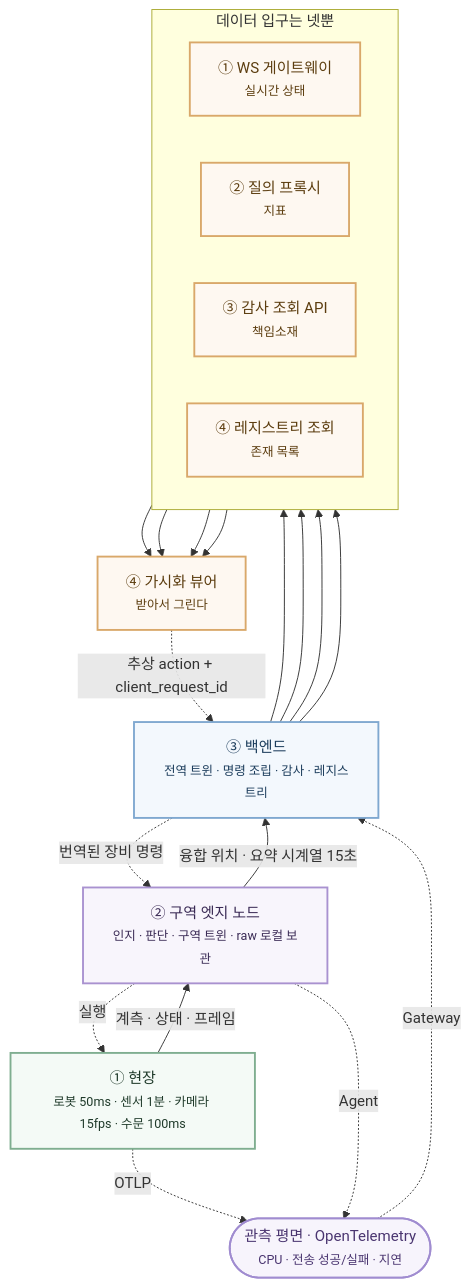
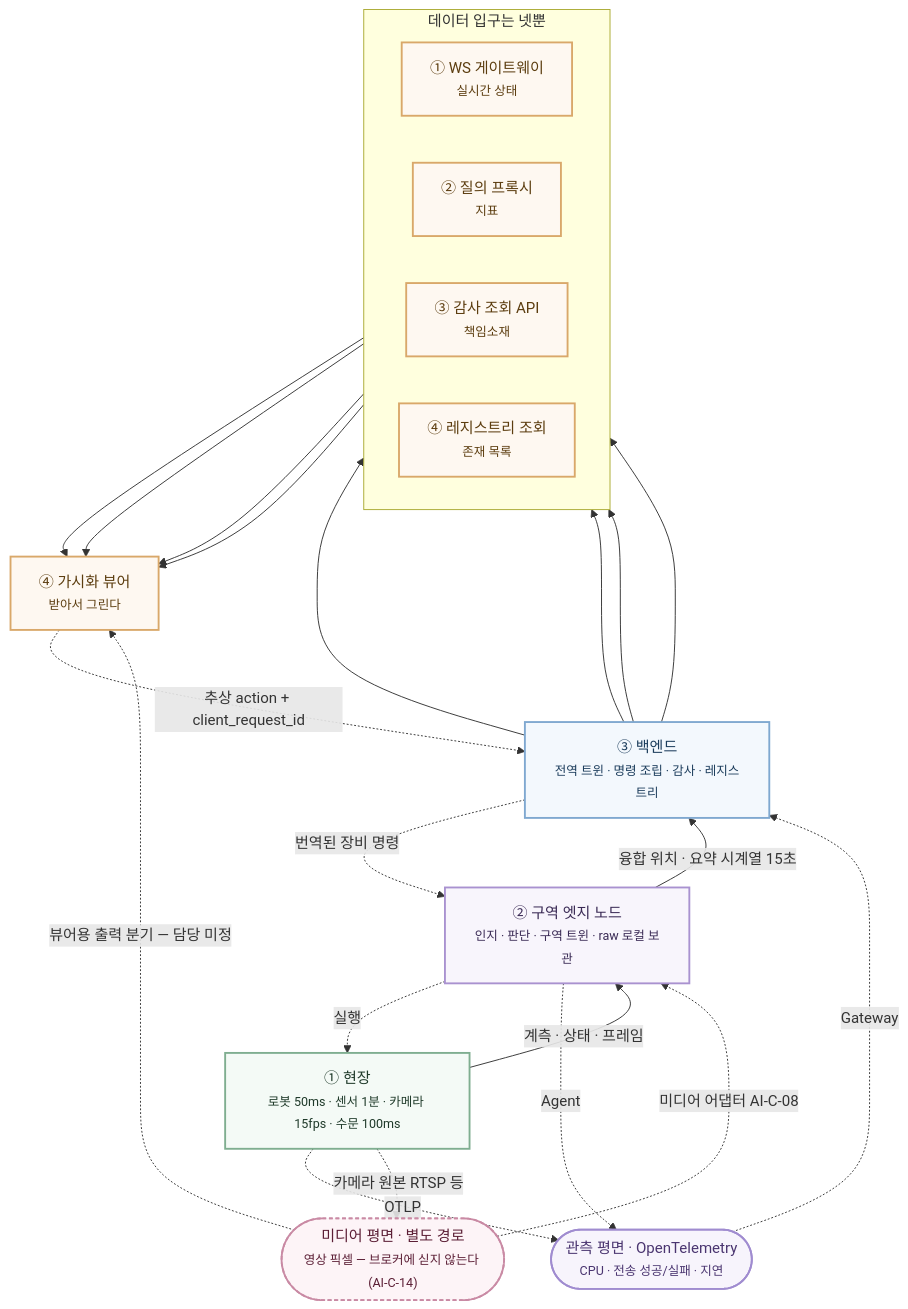
One commit to khw18033/Physical-Project-mk2 changed the first of 13 diagrams in docs/다이어그램_원본_mermaid.md. Above: the diagram before and after it, drawn with Mermaid. The commit also changed other lines of this file and 7 other files, not shown here.

````diff
--- a/docs/다이어그램_원본_mermaid.md
+++ b/docs/다이어그램_원본_mermaid.md
@@ -19,40 +24,47 @@
 ```mermaid
 flowchart TB
     D["① 현장<br/><small>로봇 50ms · 센서 1분 · 카메라 15fps · 수문 100ms</small>"]
     E["② 구역 엣지 노드<br/><small>인지 · 판단 · 구역 트윈 · raw 로컬 보관</small>"]
     B["③ 백엔드<br/><small>전역 트윈 · 명령 조립 · 감사 · 레지스트리</small>"]
     V["④ 가시화 뷰어<br/><small>받아서 그린다</small>"]
 
     D -->|계측 · 상태 · 프레임| E
     E -->|융합 위치 · 요약 시계열 15초| B
     B --> G1 & G2 & G3 & G4
     G1 & G2 & G3 & G4 --> V
 
     subgraph GATE[" 데이터 입구는 넷뿐 "]
         direction LR
         G1["① WS 게이트웨이<br/><small>실시간 상태</small>"]
         G2["② 질의 프록시<br/><small>지표</small>"]
         G3["③ 감사 조회 API<br/><small>책임소재</small>"]
         G4["④ 레지스트리 조회<br/><small>존재 목록</small>"]
     end
 
     V -.->|추상 action + client_request_id| B
     B -.->|번역된 장비 명령| E
     E -.->|실행| D
 
     O(["관측 평면 · OpenTelemetry<br/><small>CPU · 전송 성공/실패 · 지연</small>"])
     D -.->|OTLP| O
     E -.->|Agent| O
     O -.->|Gateway| B
 
+    M(["미디어 평면 · 별도 경로<br/><small>영상 픽셀 — 브로커에 싣지 않는다 (AI-C-14)</small>"])
+    D -.->|카메라 원본 RTSP 등| M
+    M -.->|미디어 어댑터 AI-C-08| E
+    M -.->|뷰어용 출력 분기 — 담당 미정| V
+
     classDef l1 fill:#f4faf6,stroke:#7fae90,stroke-width:2px,color:#1f3a2a
     classDef l2 fill:#f8f5fc,stroke:#a992d0,stroke-width:2px,color:#3a2a55
     classDef l3 fill:#f3f8fd,stroke:#7fa8d0,stroke-width:2px,color:#1c3d5c
     classDef l4 fill:#fef8f1,stroke:#d9a86a,stroke-width:2px,color:#5c3d0f
     classDef ob fill:#f7f4fc,stroke:#a08cd0,stroke-width:2px,color:#4a3570
+    classDef md fill:#fdf4f7,stroke:#c98aa4,stroke-width:2px,color:#5c1f36,stroke-dasharray: 4 3
     class D l1
     class E l2
     class B l3
     class V,G1,G2,G3,G4 l4
     class O ob
+    class M md
 ```
````
